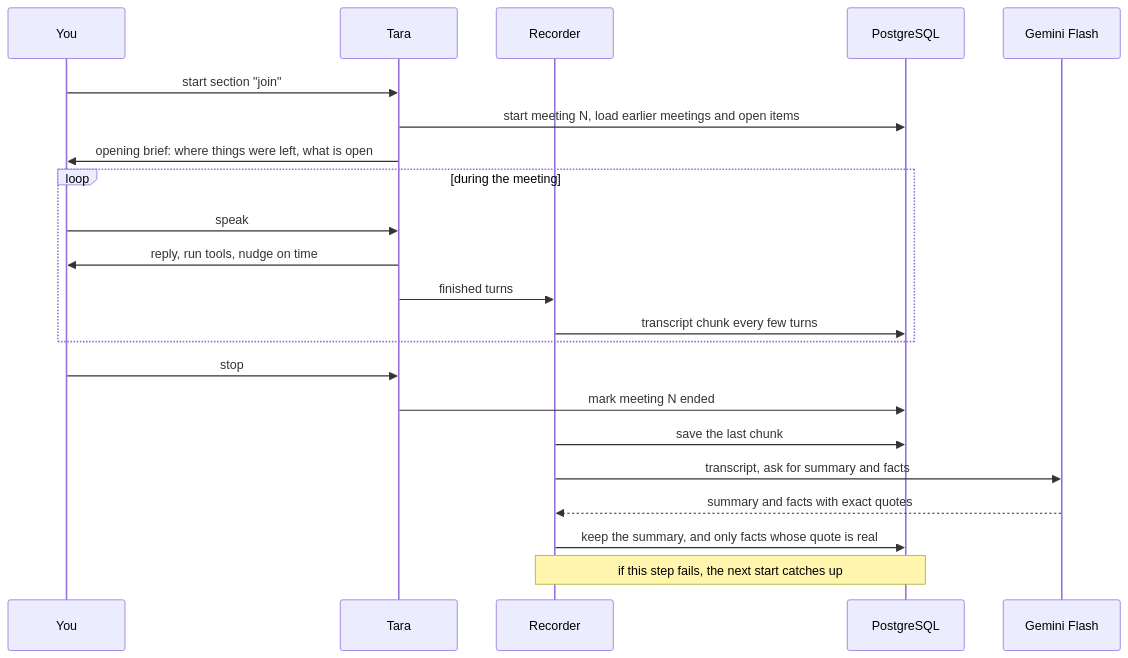
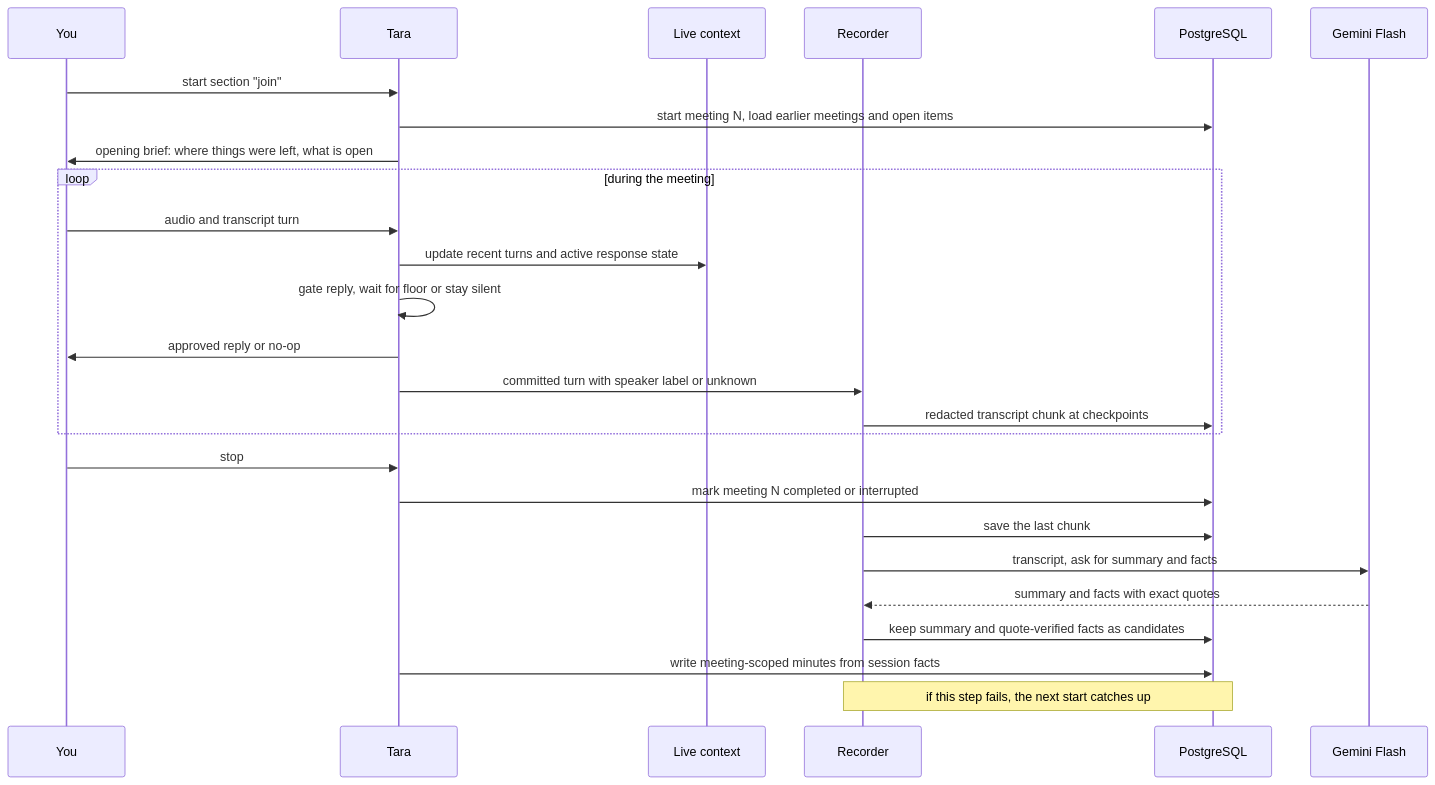
The fifth of 6 diagrams in README.md (CalebPiusC/Tara), drawn with Mermaid before and after one commit. The commit also changed other lines of this file and 18 other files, not shown here.

````diff
--- a/README.md
+++ b/README.md
@@ -189,24 +200,28 @@
 ```mermaid
 sequenceDiagram
   participant U as You
   participant T as Tara
+  participant C as Live context
   participant R as Recorder
   participant D as PostgreSQL
   participant F as Gemini Flash
   U->>T: start section "join"
   T->>D: start meeting N, load earlier meetings and open items
   T->>U: opening brief: where things were left, what is open
   loop during the meeting
-    U->>T: speak
-    T->>U: reply, run tools, nudge on time
-    T->>R: finished turns
-    R->>D: transcript chunk every few turns
+    U->>T: audio and transcript turn
+    T->>C: update recent turns and active response state
+    T->>T: gate reply, wait for floor or stay silent
+    T->>U: approved reply or no-op
+    T->>R: committed turn with speaker label or unknown
+    R->>D: redacted transcript chunk at checkpoints
   end
   U->>T: stop
-  T->>D: mark meeting N ended
+  T->>D: mark meeting N completed or interrupted
   R->>D: save the last chunk
   R->>F: transcript, ask for summary and facts
   F-->>R: summary and facts with exact quotes
-  R->>D: keep the summary, and only facts whose quote is real
+  R->>D: keep summary and quote-verified facts as candidates
+  T->>D: write meeting-scoped minutes from session facts
   Note over R,D: if this step fails, the next start catches up
 ```
````
